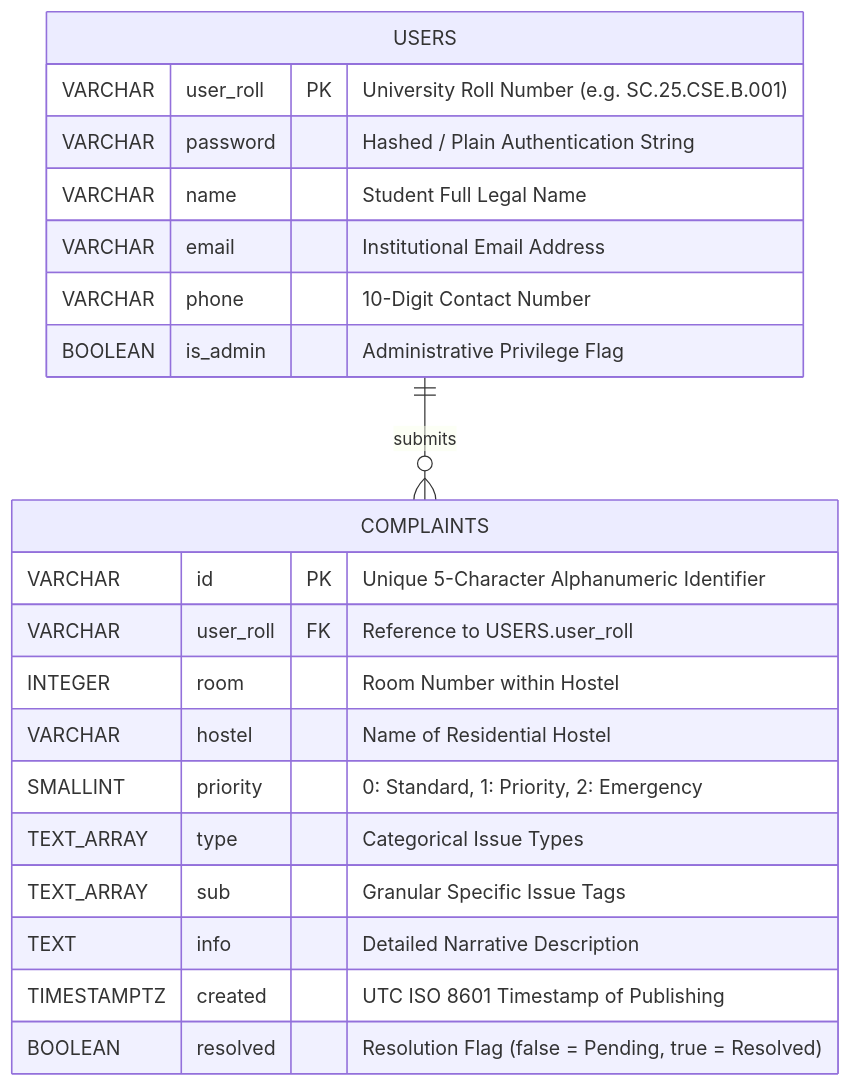
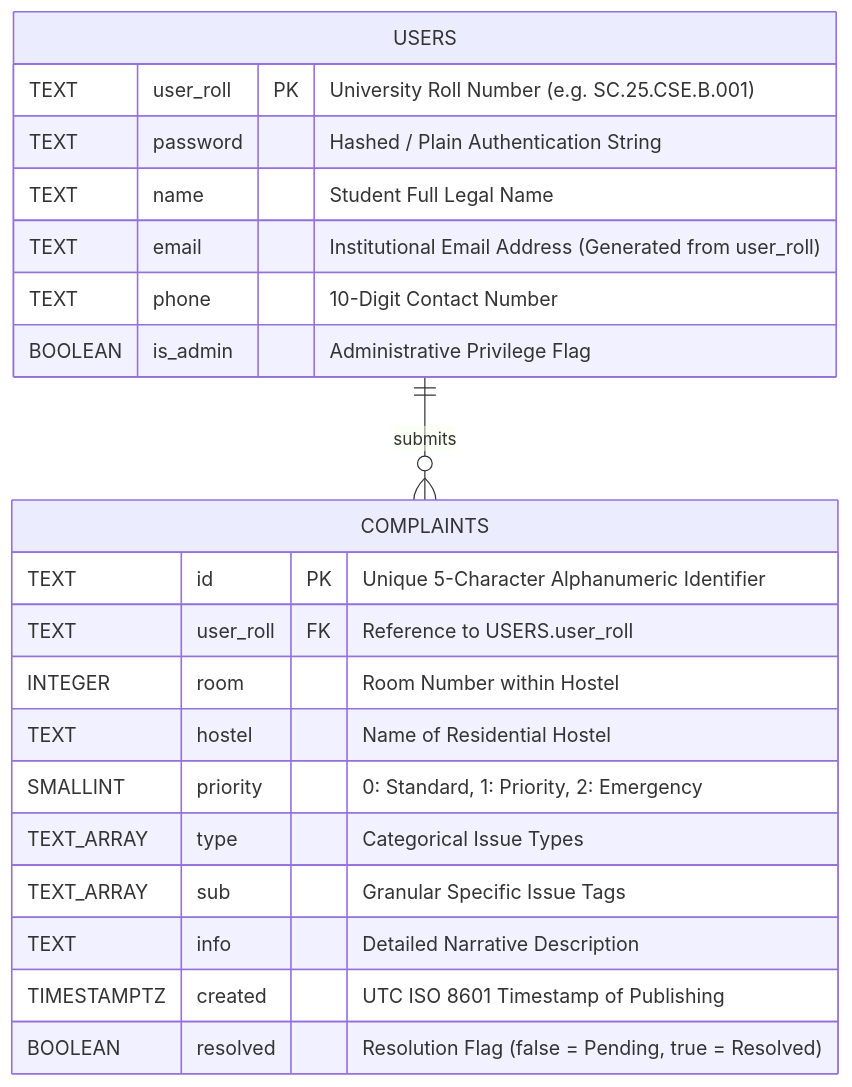
The second of 2 diagrams in PROJECT_REPORT.md (Cealde/complaint), drawn with Mermaid before and after one commit. The commit also changed other lines of this file and 1 other file, not shown here.

````diff
--- a/PROJECT_REPORT.md
+++ b/PROJECT_REPORT.md
@@ -189,26 +189,26 @@
 ```mermaid
 erDiagram
     USERS ||--o{ COMPLAINTS : submits
     
     USERS {
-        VARCHAR user_roll PK "University Roll Number (e.g. SC.25.CSE.B.001)"
-        VARCHAR password "Hashed / Plain Authentication String"
-        VARCHAR name "Student Full Legal Name"
-        VARCHAR email "Institutional Email Address"
-        VARCHAR phone "10-Digit Contact Number"
+        TEXT user_roll PK "University Roll Number (e.g. SC.25.CSE.B.001)"
+        TEXT password "Hashed / Plain Authentication String"
+        TEXT name "Student Full Legal Name"
+        TEXT email "Institutional Email Address (Generated from user_roll)"
+        TEXT phone "10-Digit Contact Number"
         BOOLEAN is_admin "Administrative Privilege Flag"
     }
 
     COMPLAINTS {
-        VARCHAR id PK "Unique 5-Character Alphanumeric Identifier"
-        VARCHAR user_roll FK "Reference to USERS.user_roll"
+        TEXT id PK "Unique 5-Character Alphanumeric Identifier"
+        TEXT user_roll FK "Reference to USERS.user_roll"
         INTEGER room "Room Number within Hostel"
-        VARCHAR hostel "Name of Residential Hostel"
+        TEXT hostel "Name of Residential Hostel"
         SMALLINT priority "0: Standard, 1: Priority, 2: Emergency"
         TEXT_ARRAY type "Categorical Issue Types"
         TEXT_ARRAY sub "Granular Specific Issue Tags"
         TEXT info "Detailed Narrative Description"
         TIMESTAMPTZ created "UTC ISO 8601 Timestamp of Publishing"
         BOOLEAN resolved "Resolution Flag (false = Pending, true = Resolved)"
     }
 ```
````
